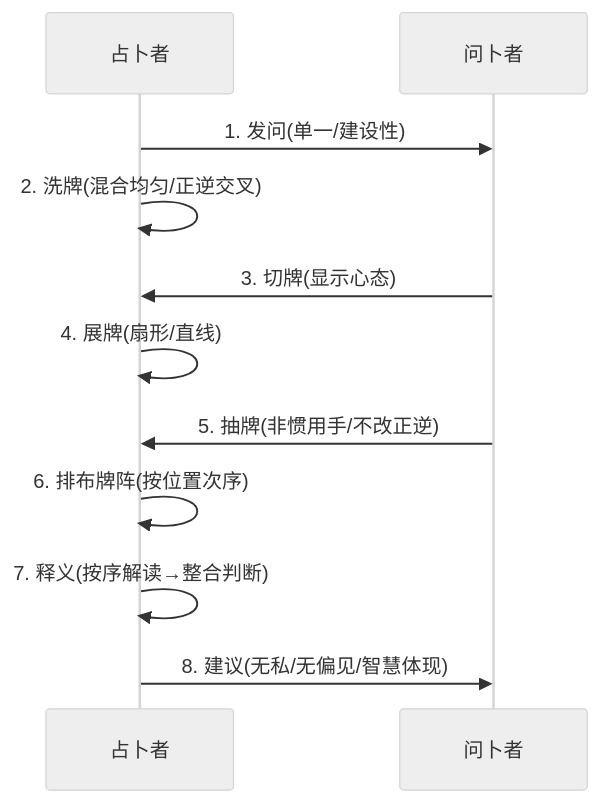
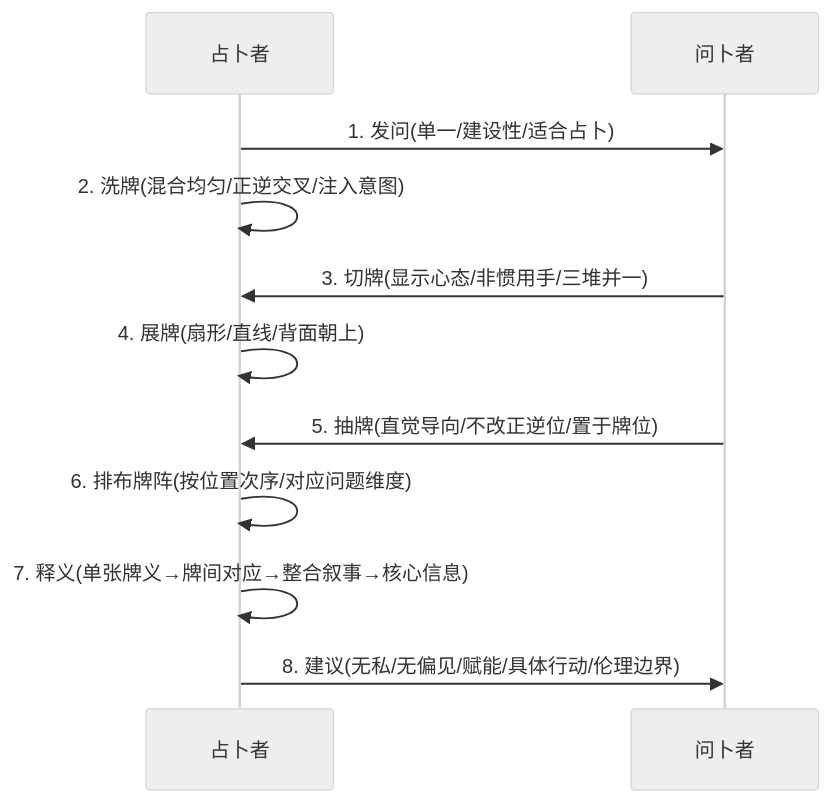
One commit to OpenDocCN1/mystery-llm-wiki changed the third of 7 diagrams in pages/illustrated-first-tarot-reading-guide.md. Above: the diagram before and after it, drawn with Mermaid (neutral theme). The commit also changed other lines of this file and 4 other files, not shown here.

````diff
--- a/pages/illustrated-first-tarot-reading-guide.md
+++ b/pages/illustrated-first-tarot-reading-guide.md
@@ -89,13 +145,13 @@
 ```mermaid
 sequenceDiagram
     participant 占卜者
     participant 问卜者
-    占卜者->>问卜者: 1. 发问(单一/建设性)
-    占卜者->>占卜者: 2. 洗牌(混合均匀/正逆交叉)
-    问卜者->>占卜者: 3. 切牌(显示心态)
-    占卜者->>占卜者: 4. 展牌(扇形/直线)
-    问卜者->>占卜者: 5. 抽牌(非惯用手/不改正逆)
-    占卜者->>占卜者: 6. 排布牌阵(按位置次序)
-    占卜者->>占卜者: 7. 释义(按序解读→整合判断)
-    占卜者->>问卜者: 8. 建议(无私/无偏见/智慧体现)
+    占卜者->>问卜者: 1. 发问(单一/建设性/适合占卜)
+    占卜者->>占卜者: 2. 洗牌(混合均匀/正逆交叉/注入意图)
+    问卜者->>占卜者: 3. 切牌(显示心态/非惯用手/三堆并一)
+    占卜者->>占卜者: 4. 展牌(扇形/直线/背面朝上)
+    问卜者->>占卜者: 5. 抽牌(直觉导向/不改正逆位/置于牌位)
+    占卜者->>占卜者: 6. 排布牌阵(按位置次序/对应问题维度)
+    占卜者->>占卜者: 7. 释义(单张牌义→牌间对应→整合叙事→核心信息)
+    占卜者->>问卜者: 8. 建议(无私/无偏见/赋能/具体行动/伦理边界)
 ```
````
